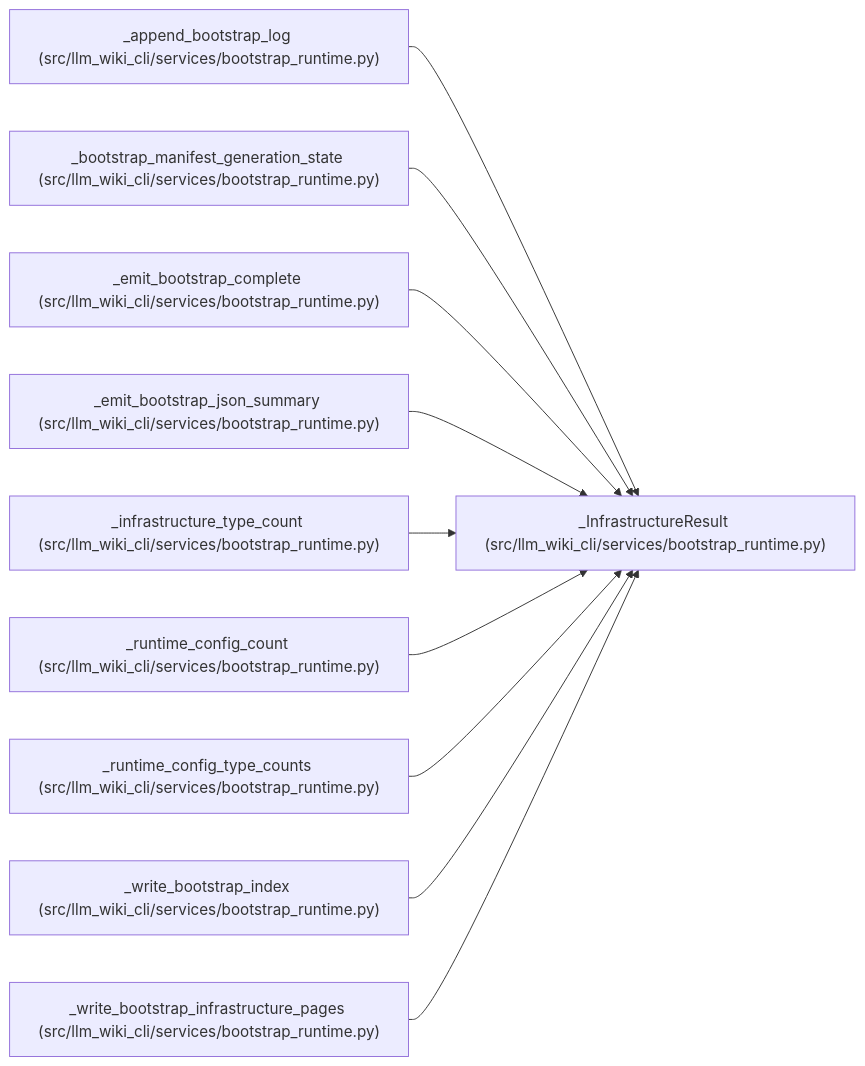
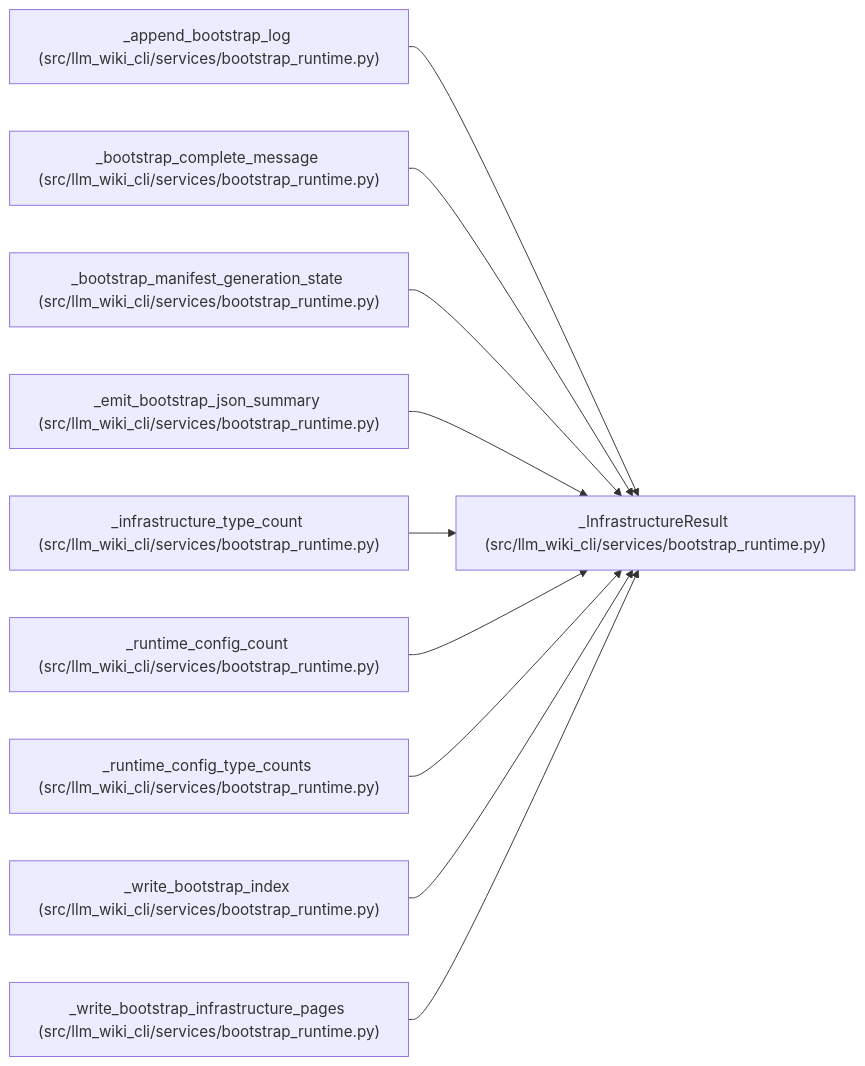
The diagram in docs/llm_wiki/entities/InfrastructureResult.md (Denissvgn/python-wiki-llm), drawn with Mermaid before and after one commit. The commit also changed other lines of this file and 303 other files, not shown here.

Commit message:
docs: refresh wiki for bootstrap recovery and helper validation

````diff
--- a/docs/llm_wiki/entities/InfrastructureResult.md
+++ b/docs/llm_wiki/entities/InfrastructureResult.md
@@ -33,32 +33,32 @@
 ```mermaid
 flowchart LR
     n0["_InfrastructureResult (src/llm_wiki_cli/services/bootstrap_runtime.py)"]
     n1["_append_bootstrap_log (src/llm_wiki_cli/services/bootstrap_runtime.py)"]
-    n2["_bootstrap_manifest_generation_state (src/llm_wiki_cli/services/bootstrap_runtime.py)"]
-    n3["_emit_bootstrap_complete (src/llm_wiki_cli/services/bootstrap_runtime.py)"]
+    n2["_bootstrap_complete_message (src/llm_wiki_cli/services/bootstrap_runtime.py)"]
+    n3["_bootstrap_manifest_generation_state (src/llm_wiki_cli/services/bootstrap_runtime.py)"]
     n4["_emit_bootstrap_json_summary (src/llm_wiki_cli/services/bootstrap_runtime.py)"]
     n5["_infrastructure_type_count (src/llm_wiki_cli/services/bootstrap_runtime.py)"]
     n6["_runtime_config_count (src/llm_wiki_cli/services/bootstrap_runtime.py)"]
     n7["_runtime_config_type_counts (src/llm_wiki_cli/services/bootstrap_runtime.py)"]
     n8["_write_bootstrap_index (src/llm_wiki_cli/services/bootstrap_runtime.py)"]
     n9["_write_bootstrap_infrastructure_pages (src/llm_wiki_cli/services/bootstrap_runtime.py)"]
     n1 --> n0
     n2 --> n0
     n3 --> n0
     n4 --> n0
     n5 --> n0
     n6 --> n0
     n7 --> n0
     n8 --> n0
     n9 --> n0
     click n0 "../modules/bootstrap_runtime.md"
     click n1 "../modules/bootstrap_runtime.md"
     click n2 "../modules/bootstrap_runtime.md"
     click n3 "../modules/bootstrap_runtime.md"
     click n4 "../modules/bootstrap_runtime.md"
     click n5 "../modules/bootstrap_runtime.md"
     click n6 "../modules/bootstrap_runtime.md"
     click n7 "../modules/bootstrap_runtime.md"
     click n8 "../modules/bootstrap_runtime.md"
     click n9 "../modules/bootstrap_runtime.md"
 ```
````
